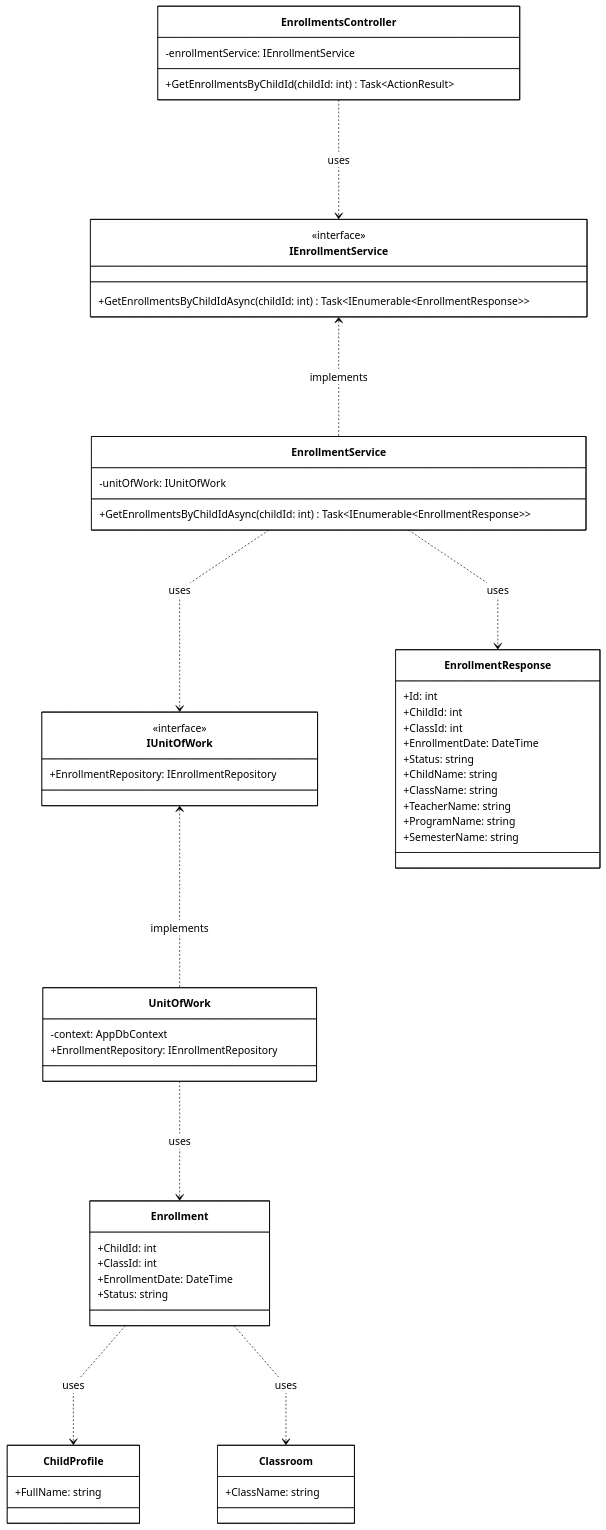
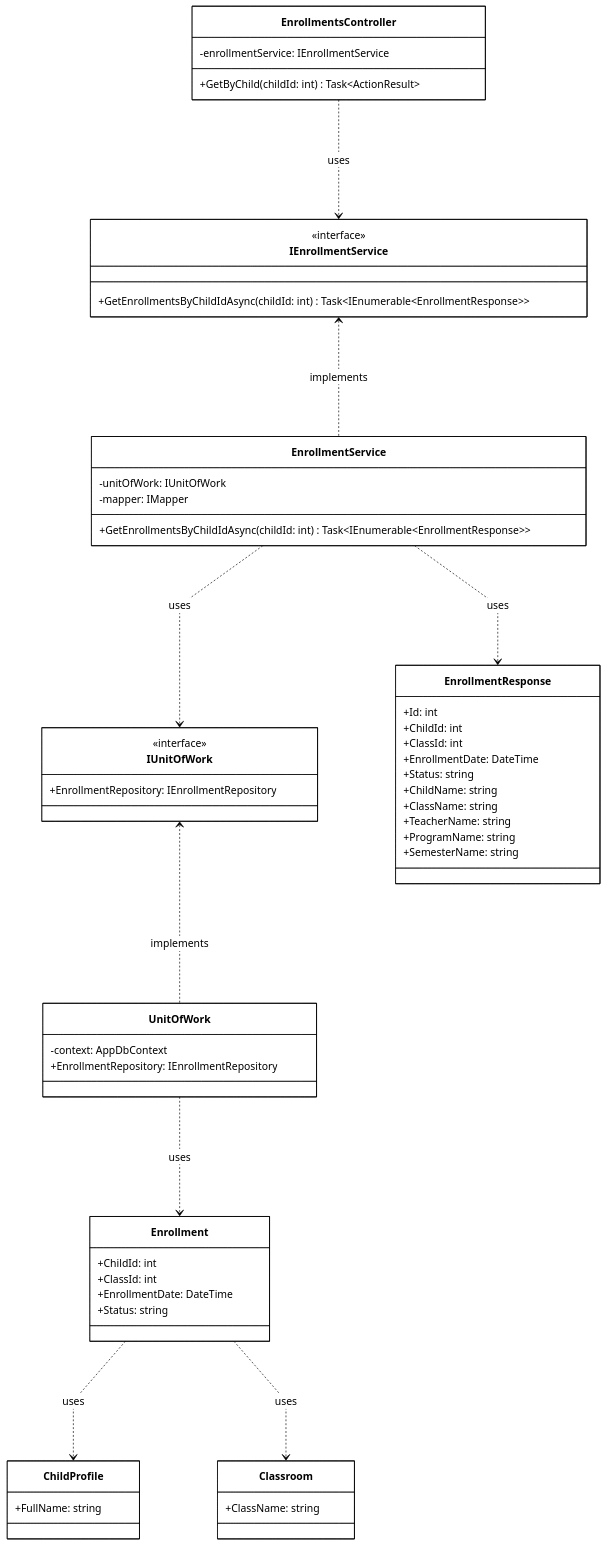
The diagram in 06-child-profile-enrollment/sequence-diagram/classes/get-enrollments-by-child.class.mmd (PhucAnDev/docx-diagram), drawn with Mermaid before and after one commit. The commit also changed 11 other files, not shown here.

Commit message:
fix: update Module 06 class diagrams with correct IMapper fields, controller method names, and activations

```diff
--- a/06-child-profile-enrollment/sequence-diagram/classes/get-enrollments-by-child.class.mmd
+++ b/06-child-profile-enrollment/sequence-diagram/classes/get-enrollments-by-child.class.mmd
@@ -1,65 +1,66 @@
 %%{init: {'theme':'base', 'flowchart':{'nodeSpacing':120,'rankSpacing':160,'curve':'linear'}, 'themeVariables': {'mainBkg':'#ffffff','nodeBorder':'#000000','clusterBkg':'#ffffff','clusterBorder':'#000000','titleColor':'#000000','edgeLabelBackground':'#ffffff','classText':'#000000','lineColor':'#000000','primaryColor':'#ffffff','primaryTextColor':'#000000','primaryBorderColor':'#000000'}}}%%
 classDiagram
     direction TB
 
     class EnrollmentsController {
         -enrollmentService: IEnrollmentService
-        +GetEnrollmentsByChildId(childId: int) Task~ActionResult~
+        +GetByChild(childId: int) Task~ActionResult~
     }
 
     class IEnrollmentService {
         <<interface>>
         +GetEnrollmentsByChildIdAsync(childId: int) Task~IEnumerable~EnrollmentResponse~~
     }
 
     class EnrollmentService {
         -unitOfWork: IUnitOfWork
+        -mapper: IMapper
         +GetEnrollmentsByChildIdAsync(childId: int) Task~IEnumerable~EnrollmentResponse~~
     }
 
     class IUnitOfWork {
         <<interface>>
         +EnrollmentRepository: IEnrollmentRepository
     }
 
     class UnitOfWork {
         -context: AppDbContext
         +EnrollmentRepository: IEnrollmentRepository
     }
 
     class EnrollmentResponse {
         +Id: int
         +ChildId: int
         +ClassId: int
         +EnrollmentDate: DateTime
         +Status: string
         +ChildName: string
         +ClassName: string
         +TeacherName: string
         +ProgramName: string
         +SemesterName: string
     }
 
     class Enrollment {
         +ChildId: int
         +ClassId: int
         +EnrollmentDate: DateTime
         +Status: string
     }
 
     class ChildProfile {
         +FullName: string
     }
 
     class Classroom {
         +ClassName: string
     }
 
     EnrollmentsController ..> IEnrollmentService : uses
     IEnrollmentService <.. EnrollmentService : implements
     EnrollmentService ..> IUnitOfWork : uses
     EnrollmentService ..> EnrollmentResponse : uses
     IUnitOfWork <.. UnitOfWork : implements
     UnitOfWork ..> Enrollment : uses
     Enrollment ..> ChildProfile : uses
     Enrollment ..> Classroom : uses
```
